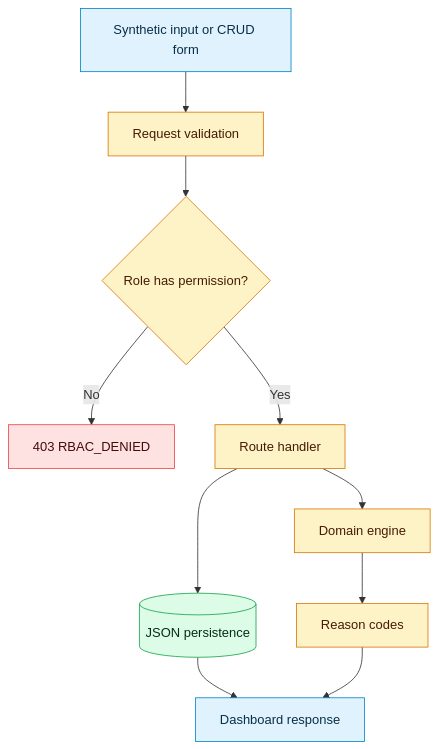
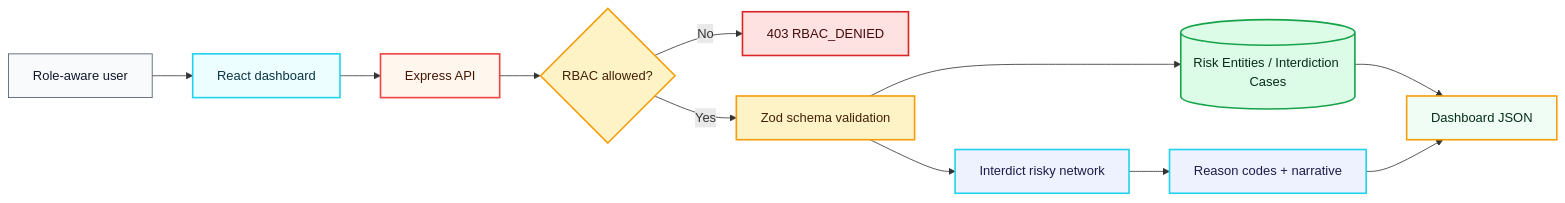
Before and after one commit to jprbom/bharat-upi-interdict: the second of 4 diagrams in docs/DIAGRAMS.md, drawn with Mermaid. The commit also changed other lines of this file and 6 other files, not shown here.

```diff
--- a/docs/DIAGRAMS.md
+++ b/docs/DIAGRAMS.md
@@ -27,20 +31,22 @@
 ~~~mermaid
-flowchart TD
-  A["Synthetic input or CRUD form"] --> B["Request validation"]
-  B --> C{"Role has permission?"}
-  C -- No --> D["403 RBAC_DENIED"]
-  C -- Yes --> E["Route handler"]
-  E --> F[("JSON persistence")]
-  E --> G["Domain engine"]
-  G --> H["Reason codes"]
-  F --> I["Dashboard response"]
-  H --> I
-  classDef start fill:#e0f2fe,stroke:#0284c7,color:#082f49
-  classDef guard fill:#fef3c7,stroke:#d97706,color:#451a03
-  classDef stop fill:#fee2e2,stroke:#ef4444,color:#450a0a
-  classDef data fill:#dcfce7,stroke:#16a34a,color:#052e16
-  class A,I start
-  class B,C,E,G,H guard
-  class D stop
-  class F data
+flowchart LR
+  User["Role-aware user"]:::user --> UI["React dashboard"]:::ui
+  UI --> API["Express API"]:::api
+  API --> Guard{"RBAC allowed?"}:::guard
+  Guard -- "No" --> Deny["403 RBAC_DENIED"]:::deny
+  Guard -- "Yes" --> Validate["Zod schema validation"]:::guard
+  Validate --> Store[("Risk Entities / Interdiction Cases")]:::data
+  Validate --> Engine["Interdict risky network"]:::model
+  Store --> Response["Dashboard JSON"]:::output
+  Engine --> Explain["Reason codes + narrative"]:::model
+  Explain --> Response
+
+  classDef user fill:#f8fafc,stroke:#475569,color:#0f172a
+  classDef ui fill:#ecfeff,stroke:#22d3ee,stroke-width:2px,color:#083344
+  classDef api fill:#fff7ed,stroke:#ef4444,stroke-width:2px,color:#431407
+  classDef guard fill:#fef3c7,stroke:#f59e0b,stroke-width:2px,color:#422006
+  classDef deny fill:#fee2e2,stroke:#dc2626,stroke-width:2px,color:#450a0a
+  classDef data fill:#dcfce7,stroke:#16a34a,stroke-width:2px,color:#052e16
+  classDef model fill:#eef2ff,stroke:#22d3ee,stroke-width:2px,color:#1e1b4b
+  classDef output fill:#f0fdf4,stroke:#f59e0b,stroke-width:2px,color:#052e16
 ~~~
```
